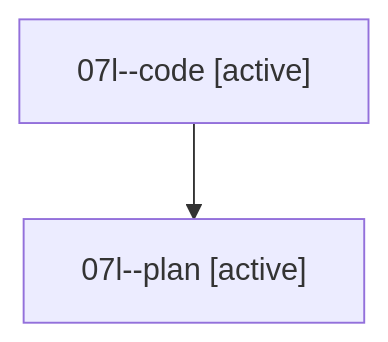
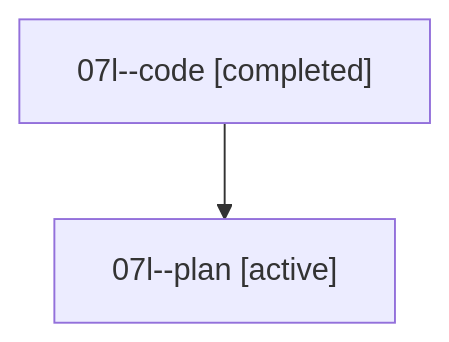
One commit to sase-org/sase--agents changed the diagram in families/bbugyi200.athena.07l.md. Above: the diagram before and after it, drawn with Mermaid. The commit also changed other lines of this file and 35830 other files, not shown here.

````diff
--- a/families/bbugyi200.athena.07l.md
+++ b/families/bbugyi200.athena.07l.md
@@ -9,6 +9,6 @@
 ```mermaid
 flowchart TD
-  n0["07l--code [active]"]
+  n0["07l--code [completed]"]
   n1["07l--plan [active]"]
   n0 --> n1
 ```
````
